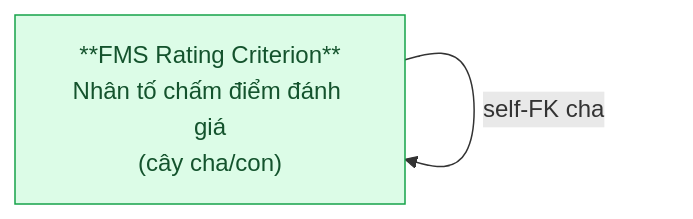
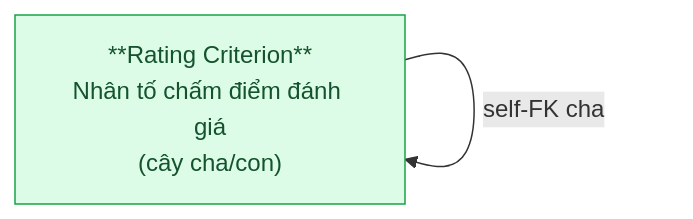
Diagram 14 of 16 in Silver/hld/FMS_HLD_Tier2.md (linhlvit/ubck_atomic_design), drawn with Mermaid before and after one commit. The commit also changed other lines of this file and 32 other files, not shown here.

````diff
--- a/Silver/hld/FMS_HLD_Tier2.md
+++ b/Silver/hld/FMS_HLD_Tier2.md
@@ -318,7 +318,7 @@
 ```mermaid
 graph LR
     classDef silver fill:#dcfce7,stroke:#16a34a,color:#14532d
 
-    RC["**FMS Rating Criterion**\nNhân tố chấm điểm đánh giá\n(cây cha/con)"]:::silver
+    RC["**Rating Criterion**\nNhân tố chấm điểm đánh giá\n(cây cha/con)"]:::silver
     RC -->|self-FK cha| RC
 ```
````
